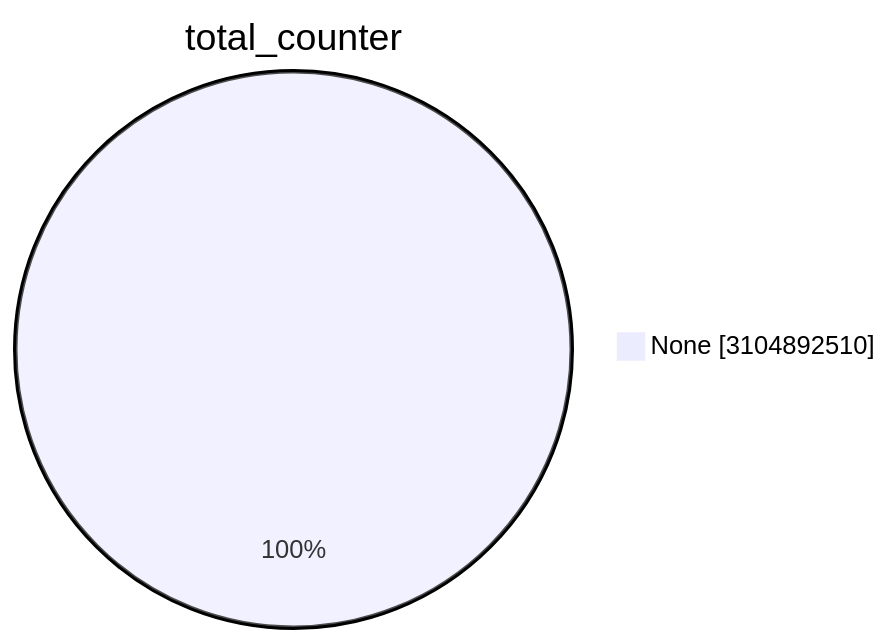
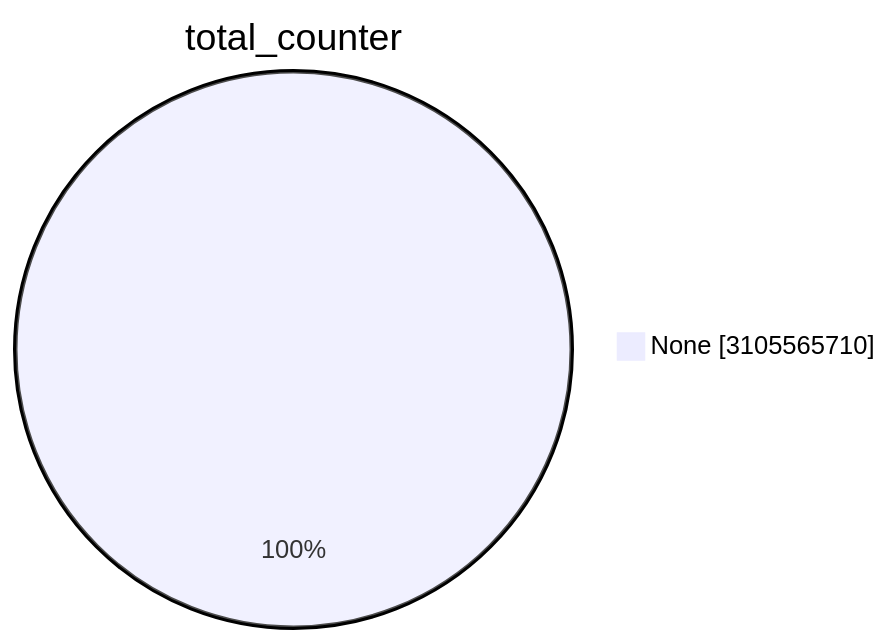
Before and after one commit to christiankrug/ctmonitor_visualization: the first of 15 diagrams in TOTAL/README.md, drawn with Mermaid. The commit also changed other lines of this file, not shown here.

````diff
--- a/TOTAL/README.md
+++ b/TOTAL/README.md
@@ -1,5 +1,5 @@
 ```mermaid
 pie showData
 title total_counter
-"None" :3104892510
+"None" :3105565710
 ```
````
